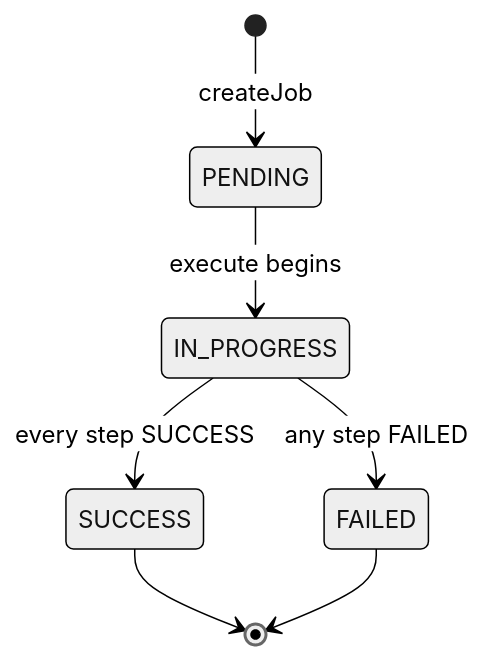
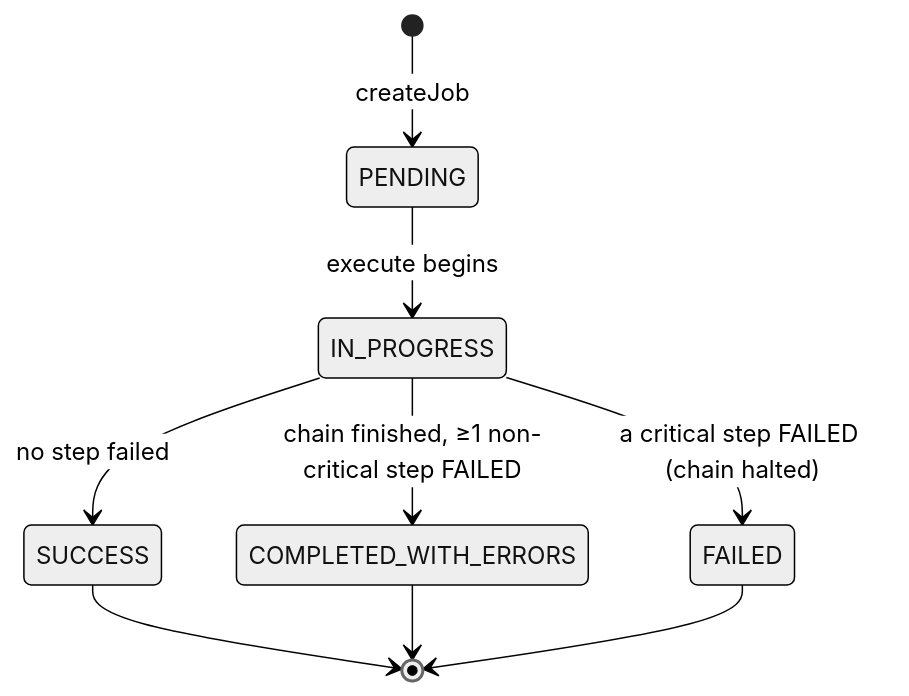
Before and after one commit to bora-arch/create-org-poc: the sixth of 8 diagrams in docs/diagrams.md, drawn with Mermaid (neutral theme). The commit also changed other lines of this file and 19 other files, not shown here.

````diff
--- a/docs/diagrams.md
+++ b/docs/diagrams.md
@@ -234,9 +270,11 @@
 ```mermaid
 stateDiagram-v2
     [*] --> PENDING : createJob
     PENDING --> IN_PROGRESS : execute begins
-    IN_PROGRESS --> SUCCESS : every step SUCCESS
-    IN_PROGRESS --> FAILED : any step FAILED
+    IN_PROGRESS --> SUCCESS : no step failed
+    IN_PROGRESS --> COMPLETED_WITH_ERRORS : chain finished, ≥1 non-critical step FAILED
+    IN_PROGRESS --> FAILED : a critical step FAILED (chain halted)
     SUCCESS --> [*]
+    COMPLETED_WITH_ERRORS --> [*]
     FAILED --> [*]
 ```
````
